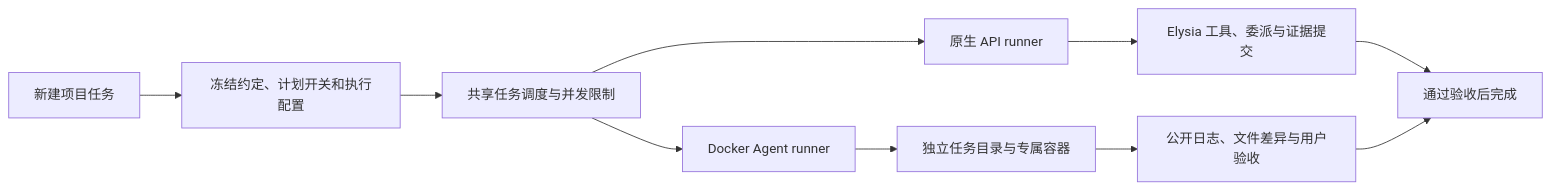
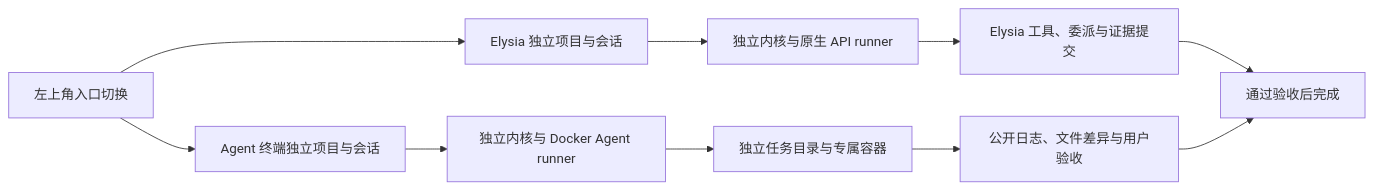
The diagram in docs/AGENT_TERMINALS.md (lyts825/Elysia), drawn with Mermaid before and after one commit. The commit also changed other lines of this file and 39 other files, not shown here.

````diff
--- a/docs/AGENT_TERMINALS.md
+++ b/docs/AGENT_TERMINALS.md
@@ -5,12 +5,12 @@
 ```mermaid
 flowchart LR
-  UI[新建项目任务] --> RUN[冻结约定、计划开关和执行配置]
-  RUN --> S[共享任务调度与并发限制]
-  S --> API[原生 API runner]
-  S --> CLI[Docker Agent runner]
+  UI[左上角入口切换] --> N[Elysia 独立项目与会话]
+  UI --> T[Agent 终端独立项目与会话]
+  N --> API[独立内核与原生 API runner]
+  T --> CLI[独立内核与 Docker Agent runner]
   API --> TOOLS[Elysia 工具、委派与证据提交]
   CLI --> CONTAINER[独立任务目录与专属容器]
   CONTAINER --> REVIEW[公开日志、文件差异与用户验收]
   TOOLS --> DONE[通过验收后完成]
   REVIEW --> DONE
 ```
````
